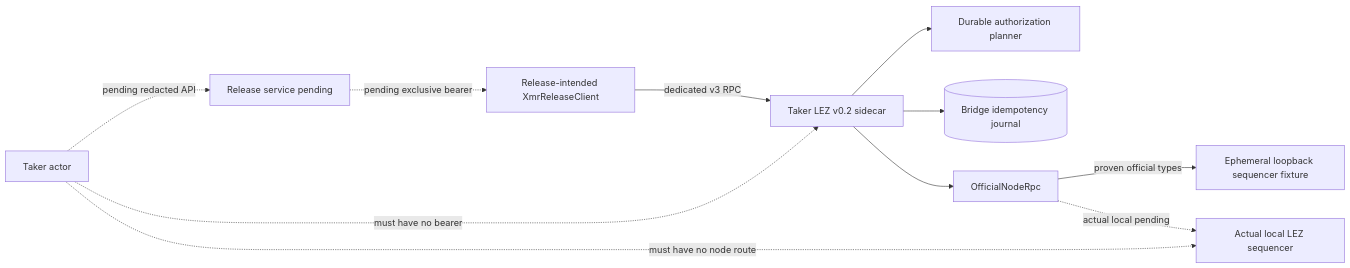
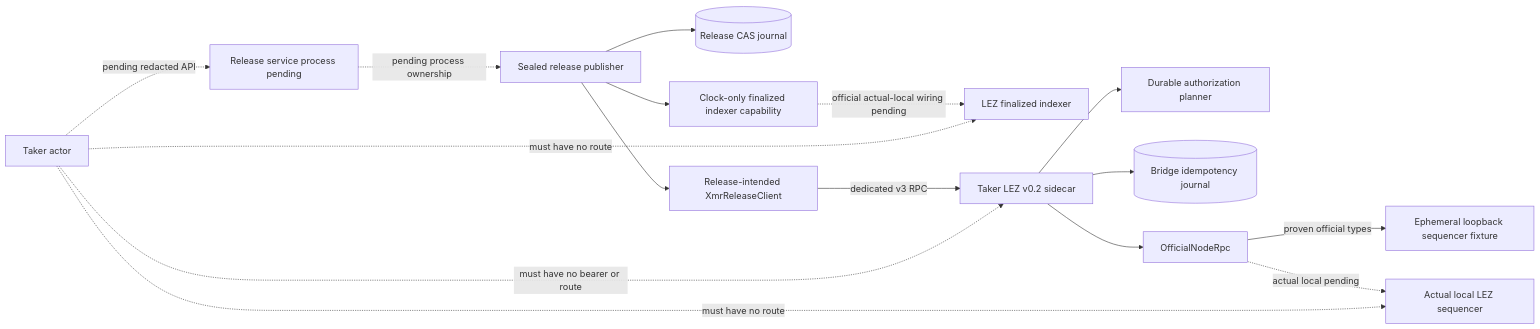
One commit to gateway-fm/lez-atomic-swaps changed the first of 2 diagrams in docs/architecture/0067-submit-xmr-authorization-through-dedicated-route.md. Above: the diagram before and after it, drawn with Mermaid. The commit also changed other lines of this file and 18 other files, not shown here.

Commit message:
feat(m4): seal release journal to narrow client

````diff
--- a/docs/architecture/0067-submit-xmr-authorization-through-dedicated-route.md
+++ b/docs/architecture/0067-submit-xmr-authorization-through-dedicated-route.md
@@ -51,13 +59,18 @@
 ```mermaid
 flowchart LR
-    Actor["Taker actor"] -.->|"pending redacted API"| Service["Release service pending"]
-    Service -.->|"pending exclusive bearer"| Client["Release-intended XmrReleaseClient"]
+    Actor["Taker actor"] -.->|"pending redacted API"| Service["Release service process pending"]
+    Service -.->|"pending process ownership"| Authority["Sealed release publisher"]
+    Authority --> ReleaseJournal[("Release CAS journal")]
+    Authority --> Clock["Clock-only finalized indexer capability"]
+    Authority --> Client["Release-intended XmrReleaseClient"]
+    Clock -.->|"official actual-local wiring pending"| Indexer["LEZ finalized indexer"]
     Client -->|"dedicated v3 RPC"| Sidecar["Taker LEZ v0.2 sidecar"]
     Sidecar --> Planner["Durable authorization planner"]
-    Sidecar --> Journal[("Bridge idempotency journal")]
+    Sidecar --> BridgeJournal[("Bridge idempotency journal")]
     Sidecar --> NodeRpc["OfficialNodeRpc"]
     NodeRpc -->|"proven official types"| Fixture["Ephemeral loopback sequencer fixture"]
     NodeRpc -.->|"actual local pending"| Sequencer["Actual local LEZ sequencer"]
-    Actor -.->|"must have no bearer"| Sidecar
-    Actor -.->|"must have no node route"| Sequencer
+    Actor -.->|"must have no bearer or route"| Sidecar
+    Actor -.->|"must have no route"| Indexer
+    Actor -.->|"must have no route"| Sequencer
 ```
````
